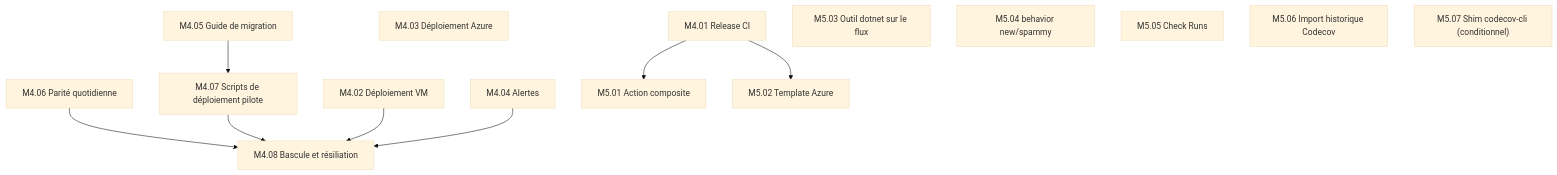
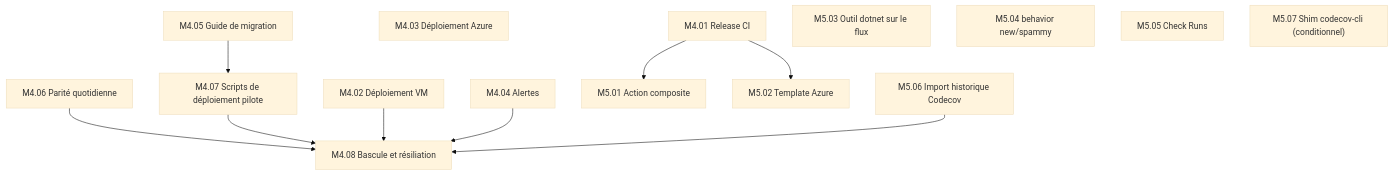
The sixth of 6 diagrams in docs/PLAN.md (gaetanthouvenin/code-coverage), drawn with Mermaid (base theme) before and after one commit. The commit also changed other lines of this file and 1 other file, not shown here.

````diff
--- a/docs/PLAN.md
+++ b/docs/PLAN.md
@@ -336,19 +361,19 @@
 ```mermaid
 graph TD
   M4_01["M4.01 Release CI"]
   M4_02["M4.02 Déploiement VM"]
   M4_03["M4.03 Déploiement Azure"]
   M4_04["M4.04 Alertes"]
   M4_05["M4.05 Guide de migration"] --> M4_07["M4.07 Scripts de déploiement pilote"]
   M4_06["M4.06 Parité quotidienne"] --> M4_08["M4.08 Bascule et résiliation"]
   M4_07 --> M4_08
   M4_02 --> M4_08
   M4_04 --> M4_08
   M4_01 --> M5_01["M5.01 Action composite"]
   M4_01 --> M5_02["M5.02 Template Azure"]
   M5_03["M5.03 Outil dotnet sur le flux"]
   M5_04["M5.04 behavior new/spammy"]
   M5_05["M5.05 Check Runs"]
-  M5_06["M5.06 Import historique Codecov"]
+  M5_06["M5.06 Import historique Codecov"] --> M4_08
   M5_07["M5.07 Shim codecov-cli (conditionnel)"]
 ```
````
